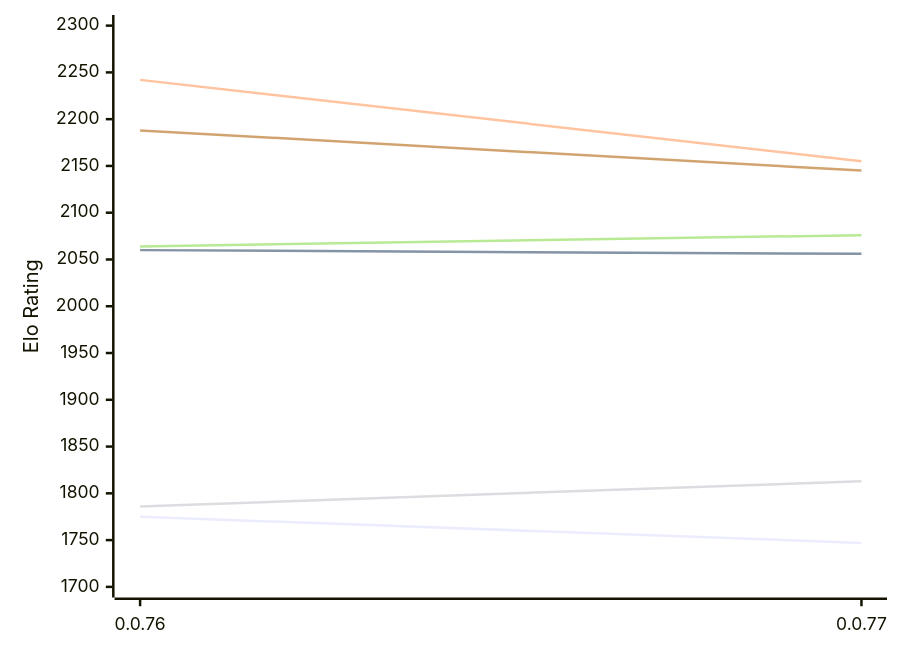
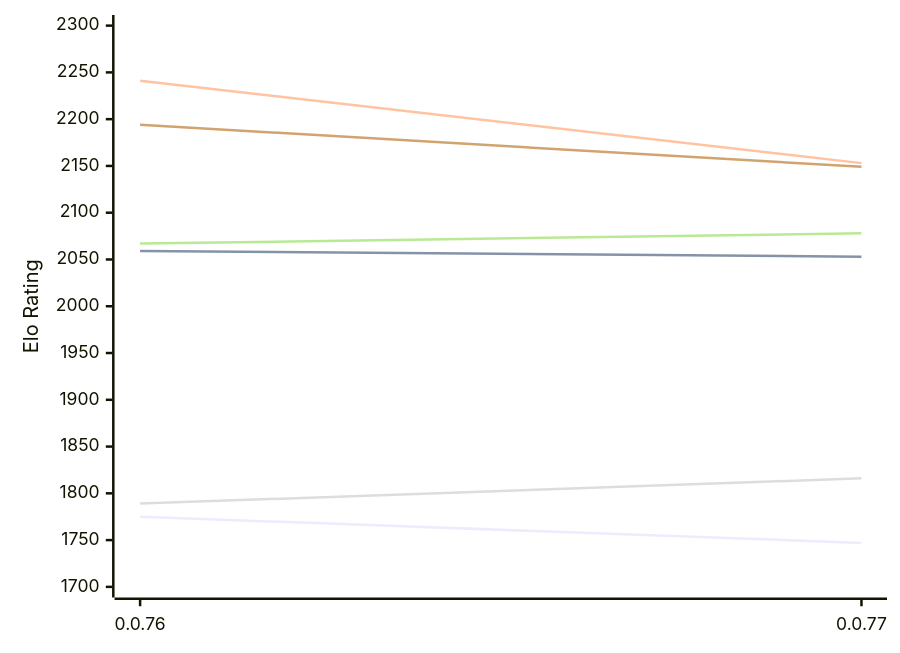
One commit to computer-chess-index/cci changed the first of 2 diagrams in engines/Fktb.md. Above: the diagram before and after it, drawn with Mermaid. The commit also changed other lines of this file, not shown here.

Commit message:
Update CCI Ratings (ELO VLTC) - 2026-11-23

````diff
--- a/engines/Fktb.md
+++ b/engines/Fktb.md
@@ -50,12 +50,12 @@
 ```mermaid
 %%{init: {"theme":"base","themeVariables":{"seriesColors:['#a3a3a3','#222221','#faa371']}}}%%
 xychart-beta
   x-axis ["0.0.76", "0.0.77"]
   y-axis "Elo Rating" 1700 --> 2300
   line "E1: STC (8.0+0.08s)" [1775, 1747]
-  line "E1: LTC (60.0+0.60s)" [2060, 2056]
-  line "E1: VLTC (2m24s+1.12s)" [2242, 2155]
-  line "P1: STC (8.0+0.08s)" [1786, 1813]
-  line "P1: LTC (60.0+0.60s)" [2064, 2076]
-  line "P1: VLTC (2m24s+1.12s)" [2188, 2145]
+  line "E1: LTC (60.0+0.60s)" [2059, 2053]
+  line "E1: VLTC (2m24s+1.12s)" [2241, 2153]
+  line "P1: STC (8.0+0.08s)" [1789, 1816]
+  line "P1: LTC (60.0+0.60s)" [2067, 2078]
+  line "P1: VLTC (2m24s+1.12s)" [2194, 2149]
 ```
````
